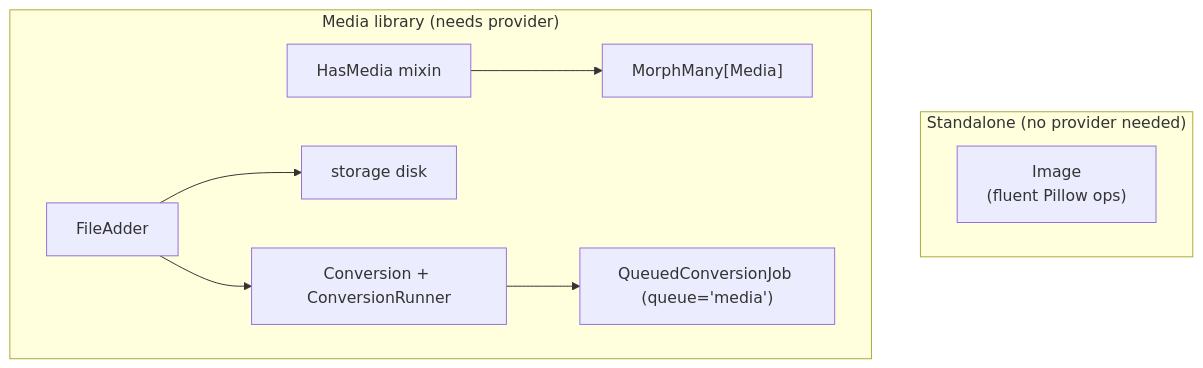
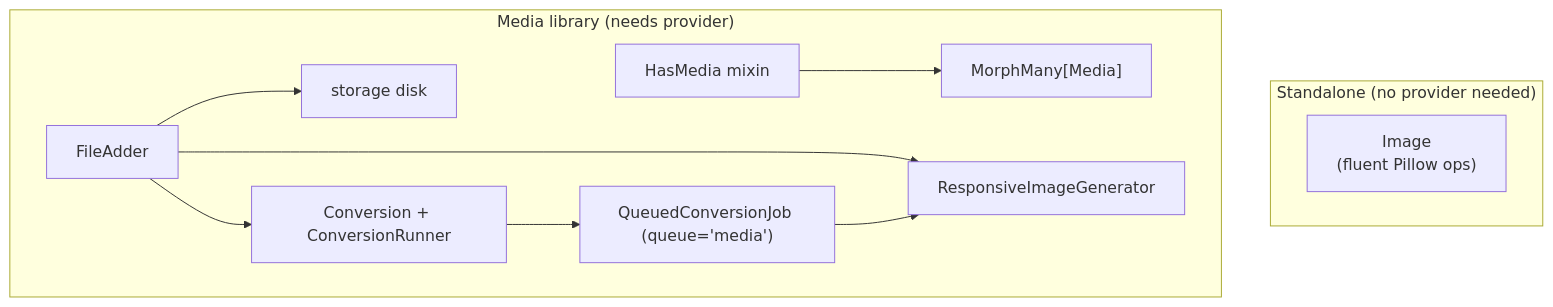
One commit to mohamed-rekiba/arvel changed the diagram in docs/packages/image.md. Above: the diagram before and after it, drawn with Mermaid. The commit also changed other lines of this file and 18 other files, not shown here.

First line of the commit message:
feat(arvel-image): responsive images, manipulations, and package audit hardening

````diff
--- a/docs/packages/image.md
+++ b/docs/packages/image.md
@@ -9,12 +9,14 @@
 ```mermaid
 flowchart TB
     subgraph standalone ["Standalone (no provider needed)"]
         Img["Image<br/>(fluent Pillow ops)"]
     end
     subgraph media ["Media library (needs provider)"]
         HM["HasMedia mixin"] --> Mm["MorphMany[Media]"]
         FA["FileAdder"] --> Disk["storage disk"]
         FA --> Conv["Conversion + ConversionRunner"]
+        FA --> Resp["ResponsiveImageGenerator"]
         Conv --> Job["QueuedConversionJob (queue='media')"]
+        Job --> Resp
     end
 ```
````
